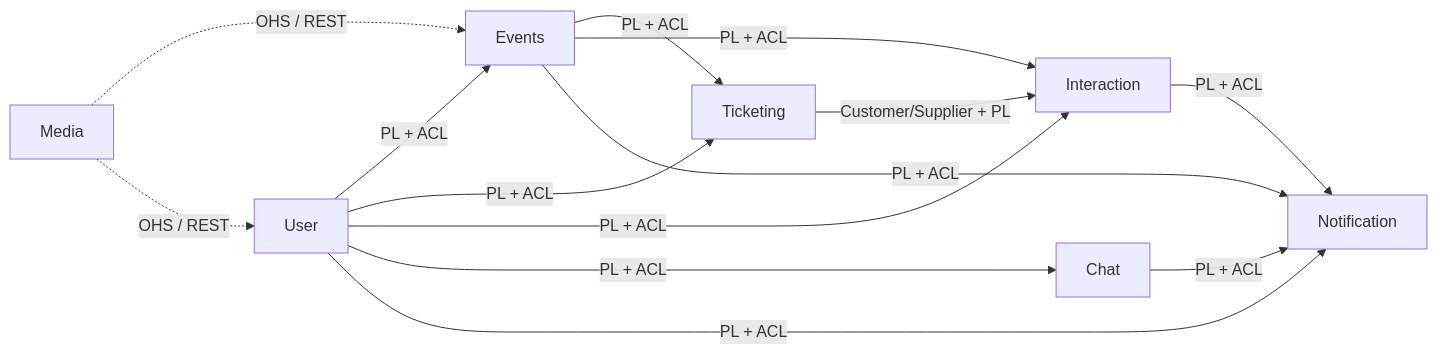
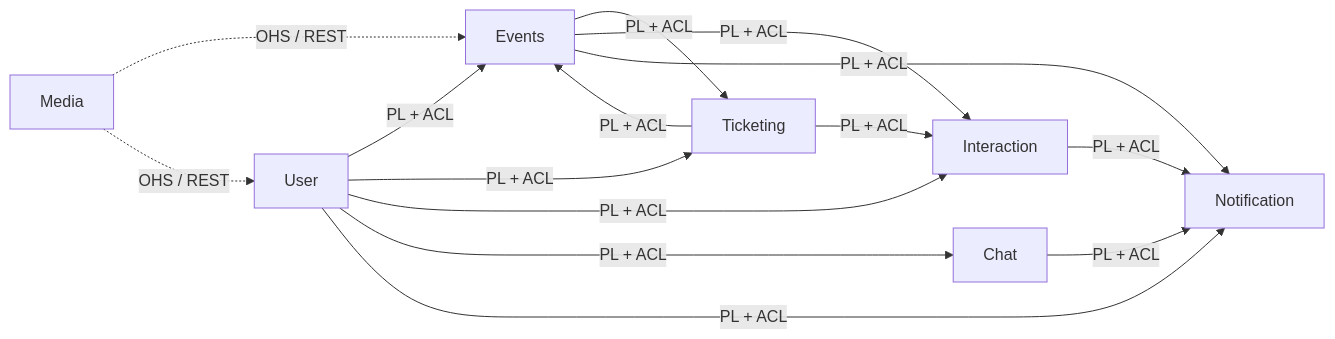
One commit to EvenToNight/EvenToNight changed the first of 2 diagrams in docs/report/SPE/markdown/design.md. Above: the diagram before and after it, drawn with Mermaid. The commit also changed other lines of this file, not shown here.

````diff
--- a/docs/report/SPE/markdown/design.md
+++ b/docs/report/SPE/markdown/design.md
@@ -105,16 +106,17 @@
 ```mermaid
 flowchart LR
     User -->|PL + ACL| Events
     User -->|PL + ACL| Ticketing
     User -->|PL + ACL| Interaction
     User -->|PL + ACL| Chat
     User -->|PL + ACL| Notification
     Events -->|PL + ACL| Ticketing
     Events -->|PL + ACL| Interaction
     Events -->|PL + ACL| Notification
-    Ticketing -->|Customer/Supplier + PL| Interaction
+    Ticketing -->|PL + ACL| Events
+    Ticketing -->|PL + ACL| Interaction
     Interaction -->|PL + ACL| Notification
     Chat -->|PL + ACL| Notification
     Media -.->|OHS / REST| Events
     Media -.->|OHS / REST| User
 ```
````
